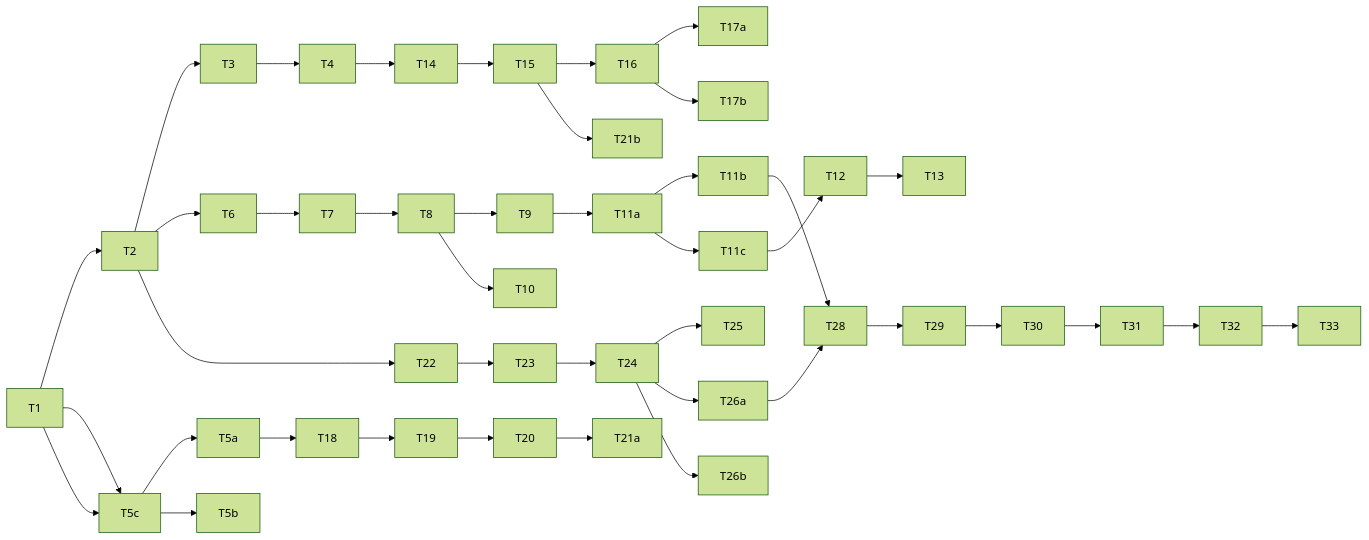
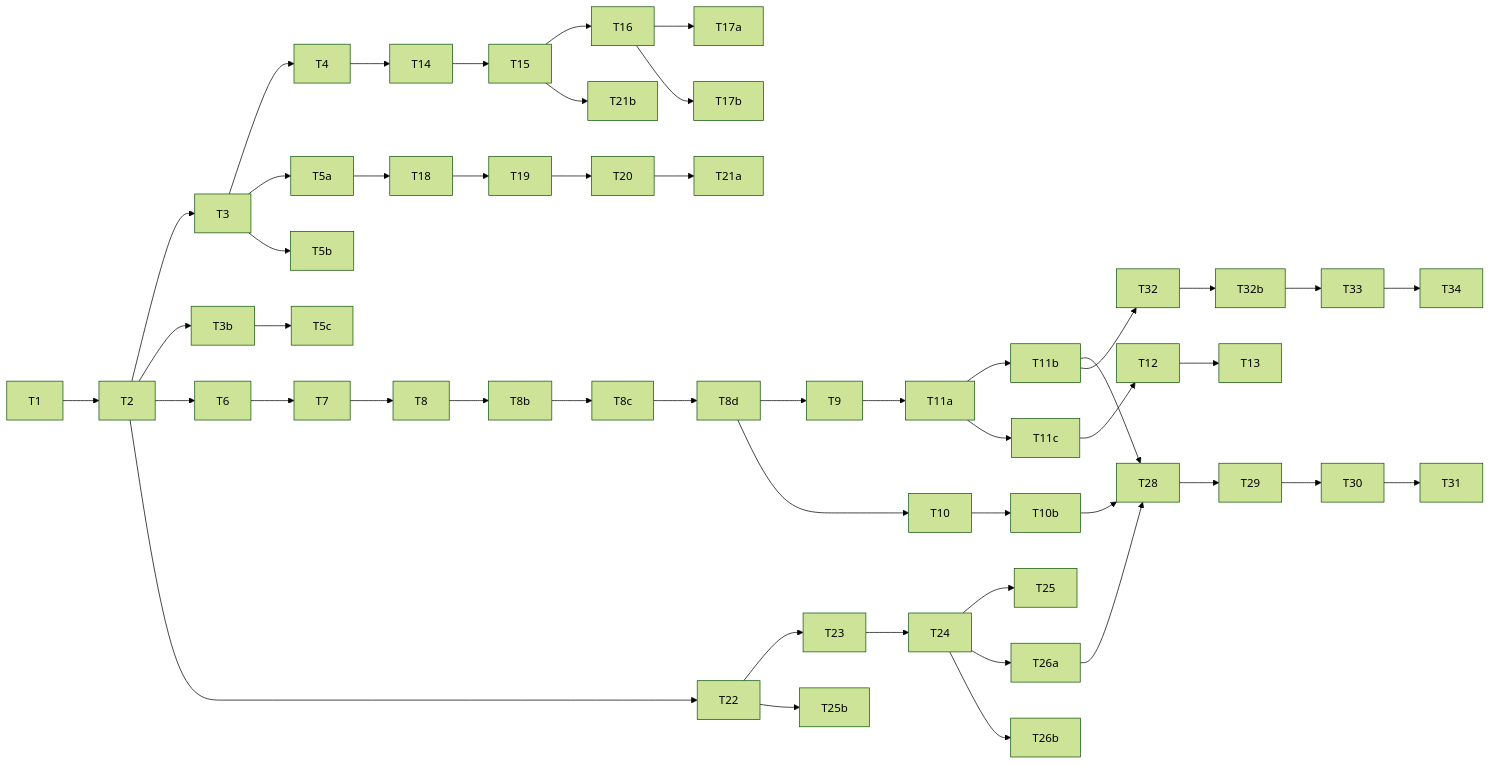
The diagram in projects/pharma-rep-agent/plans/plan.md (AliceDel66/discussionGroup), drawn with Mermaid (forest theme) before and after one commit. The commit also changed other lines of this file and 7 other files, not shown here.

````diff
--- a/projects/pharma-rep-agent/plans/plan.md
+++ b/projects/pharma-rep-agent/plans/plan.md
@@ -131,21 +163,26 @@
 ```mermaid
 flowchart LR
     T1 --> T2 --> T3 --> T4
-    T1 --> T5c --> T5a
-    T1 --> T5c --> T5b
+    T2 --> T3b --> T5c
+    T3 --> T5a
+    T3 --> T5b
     T2 --> T6 --> T7 --> T8
-    T8 --> T9 --> T11a --> T11b
+    T8 --> T8b --> T8c --> T8d
+    T8d --> T9 --> T11a --> T11b
     T11a --> T11c --> T12 --> T13
-    T8 --> T10
+    T8d --> T10 --> T10b
     T4 --> T14 --> T15 --> T16
     T16 --> T17a
     T16 --> T17b
     T5a --> T18 --> T19 --> T20 --> T21a
     T15 --> T21b
     T2 --> T22 --> T23 --> T24 --> T25
+    T22 --> T25b
     T24 --> T26a
     T24 --> T26b
     T11b --> T28
     T26a --> T28
-    T28 --> T29 --> T30 --> T31 --> T32 --> T33
+    T10b --> T28
+    T28 --> T29 --> T30 --> T31
+    T11b --> T32 --> T32b --> T33 --> T34
 ```
````
